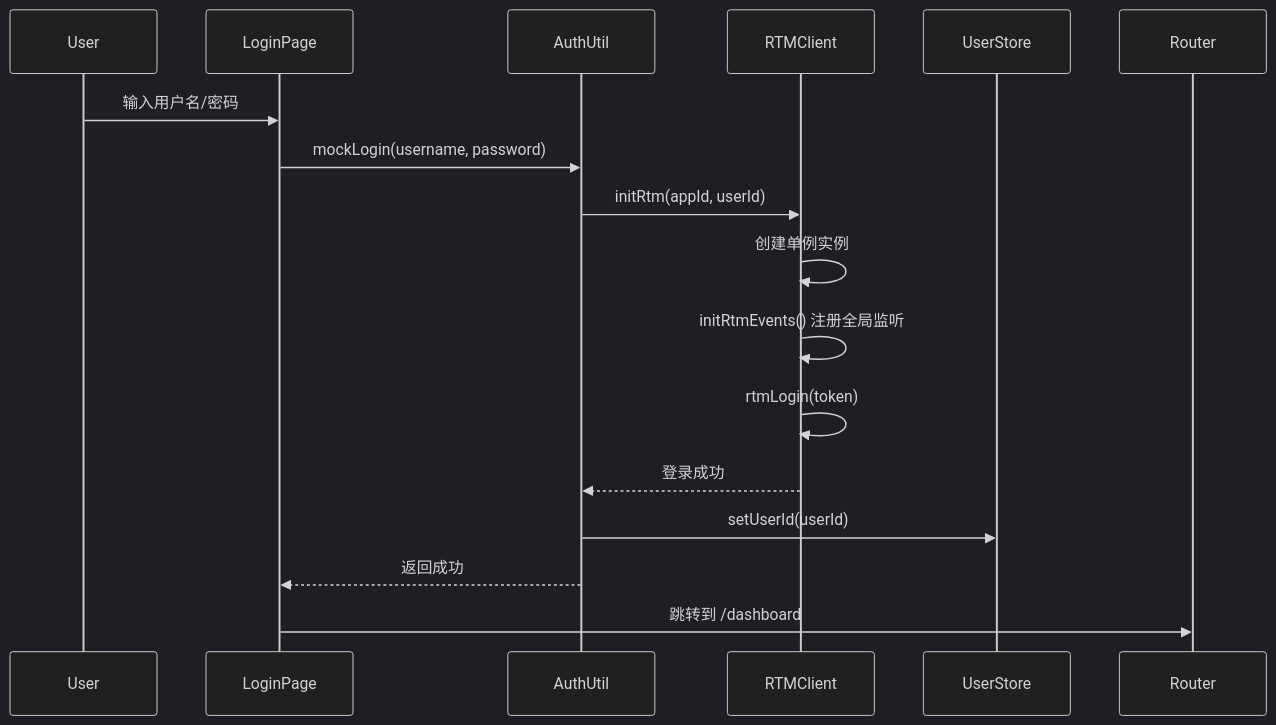
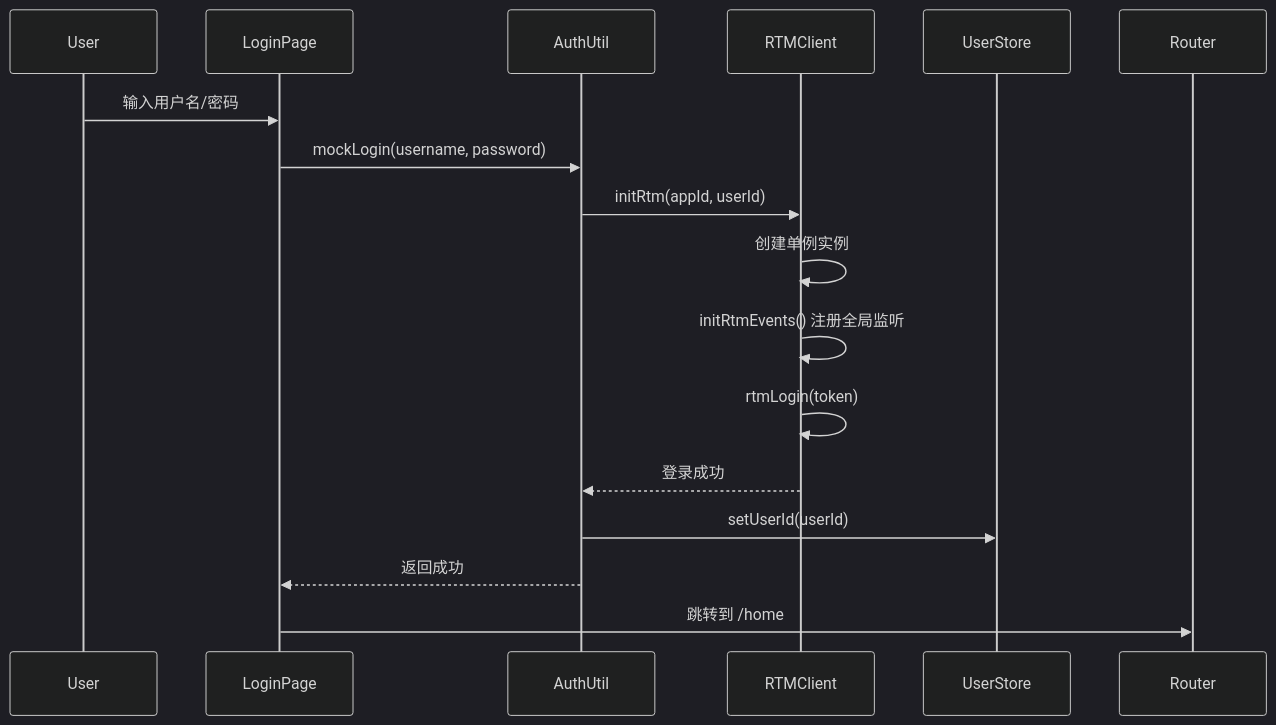
Before and after one commit to zhouxueqin0/WebRTM-Demos: the first of 5 diagrams in docs/RTM_INTEGRATION.md, drawn with Mermaid (dark theme). The commit also changed other lines of this file and 20 other files, not shown here.

````diff
--- a/docs/RTM_INTEGRATION.md
+++ b/docs/RTM_INTEGRATION.md
@@ -119,20 +129,20 @@
 ```mermaid
 sequenceDiagram
     participant User
     participant LoginPage
     participant AuthUtil
     participant RTMClient
     participant UserStore
     participant Router
 
     User->>LoginPage: 输入用户名/密码
     LoginPage->>AuthUtil: mockLogin(username, password)
     AuthUtil->>RTMClient: initRtm(appId, userId)
     RTMClient->>RTMClient: 创建单例实例
     RTMClient->>RTMClient: initRtmEvents() 注册全局监听
     RTMClient->>RTMClient: rtmLogin(token)
     RTMClient-->>AuthUtil: 登录成功
     AuthUtil->>UserStore: setUserId(userId)
     AuthUtil-->>LoginPage: 返回成功
-    LoginPage->>Router: 跳转到 /dashboard
+    LoginPage->>Router: 跳转到 /home
 ```
````
